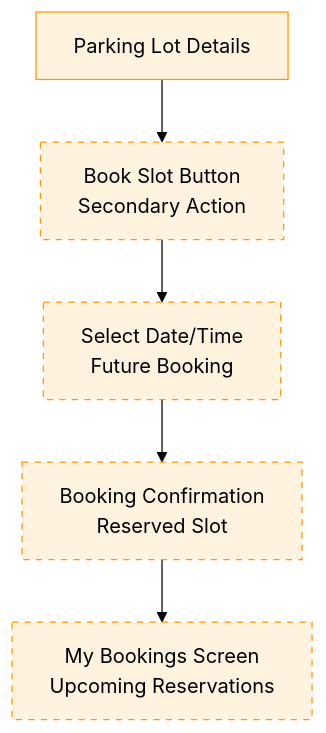
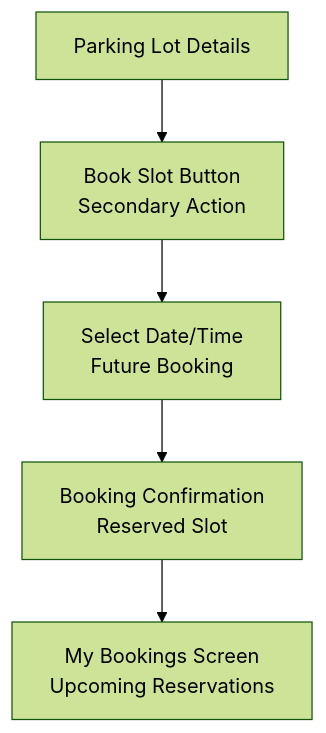
Before and after one commit to hittubhai01/parking_app_project: the fourth of 5 diagrams in Vision-Parking/parking-app-prd.md, drawn with Mermaid (forest theme). The commit also changed other lines of this file and 510 other files, not shown here.

````diff
--- a/Vision-Parking/parking-app-prd.md
+++ b/Vision-Parking/parking-app-prd.md
@@ -814,12 +735,10 @@
 ```mermaid
 graph TD
     A[Parking Lot Details] --> B[Book Slot Button<br/>Secondary Action]
     B --> C[Select Date/Time<br/>Future Booking]
     C --> D[Booking Confirmation<br/>Reserved Slot]
     D --> E[My Bookings Screen<br/>Upcoming Reservations]
     
-    style A fill:#FFF3E0,stroke:#FF9800
-    style B fill:#FFF3E0,stroke:#FF9800
-    classDef future fill:#FFF3E0,stroke:#FF9800,stroke-dasharray: 5 5
-    class B,C,D,E future
+    
+    
 ```
````
